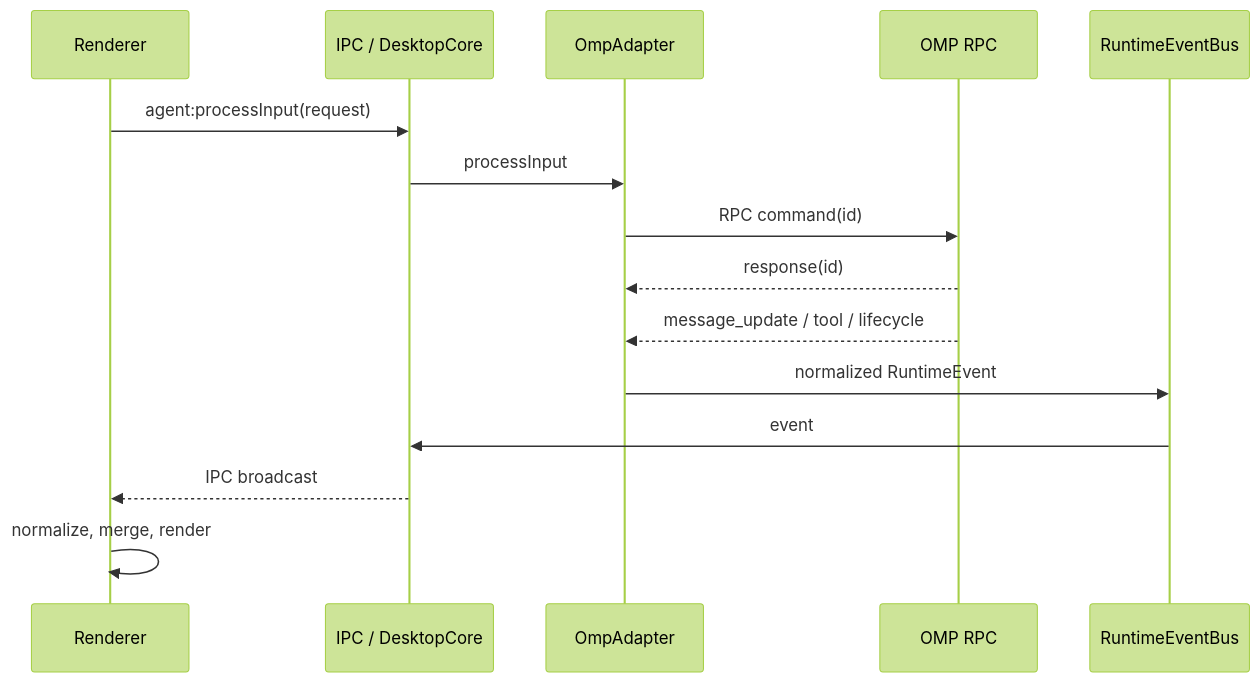
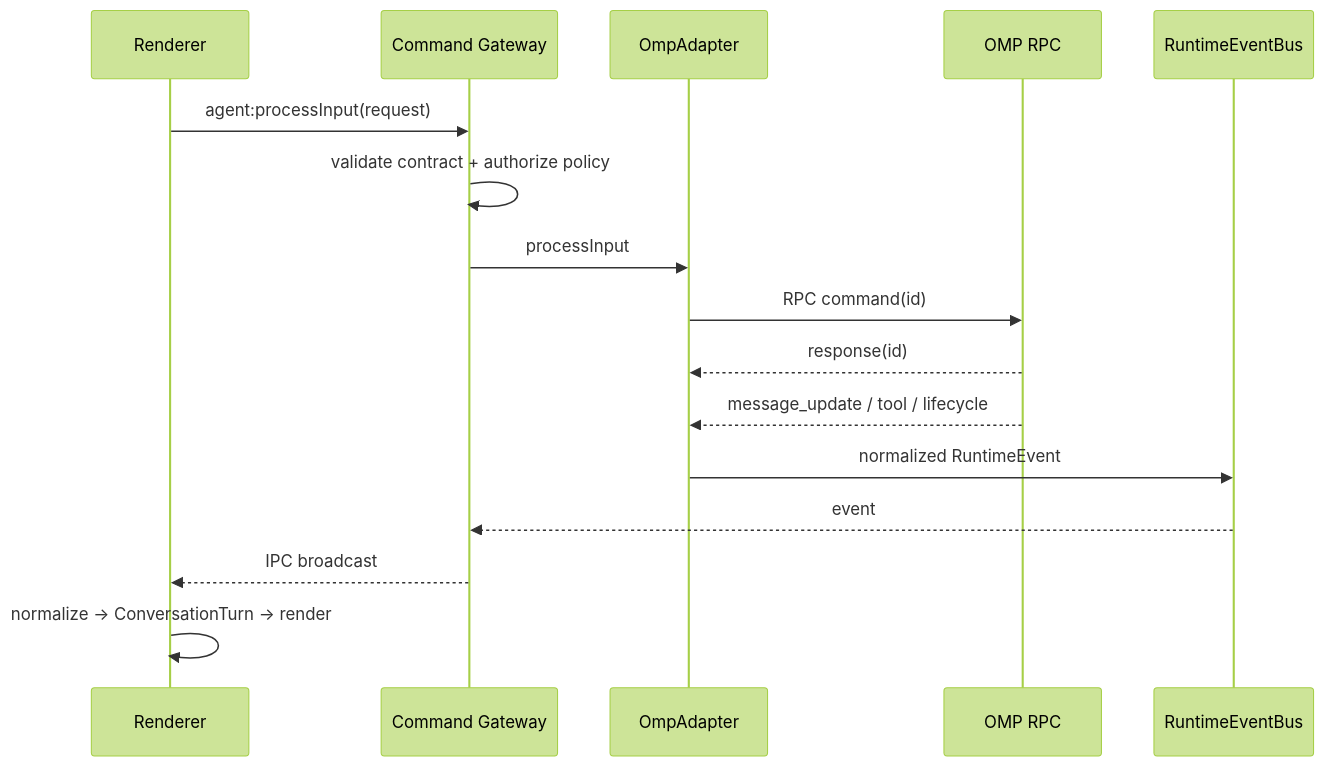
Diagram 11 of 16 in docs/architecture.md (novvoo/mastery), drawn with Mermaid (forest theme) before and after one commit. The commit also changed other lines of this file and 17 other files, not shown here.

Commit message:
Align desktop architecture and message turns

````diff
--- a/docs/architecture.md
+++ b/docs/architecture.md
@@ -342,18 +491,19 @@
 ```mermaid
 sequenceDiagram
   participant UI as Renderer
-  participant Main as IPC / DesktopCore
+  participant Gateway as Command Gateway
   participant Adapter as OmpAdapter
   participant OMP as OMP RPC
   participant Bus as RuntimeEventBus
 
-  UI->>Main: agent:processInput(request)
-  Main->>Adapter: processInput
+  UI->>Gateway: agent:processInput(request)
+  Gateway->>Gateway: validate contract + authorize policy
+  Gateway->>Adapter: processInput
   Adapter->>OMP: RPC command(id)
   OMP-->>Adapter: response(id)
   OMP-->>Adapter: message_update / tool / lifecycle
   Adapter->>Bus: normalized RuntimeEvent
-  Bus->>Main: event
-  Main-->>UI: IPC broadcast
-  UI->>UI: normalize, merge, render
+  Bus-->>Gateway: event
+  Gateway-->>UI: IPC broadcast
+  UI->>UI: normalize → ConversationTurn → render
 ```
````
